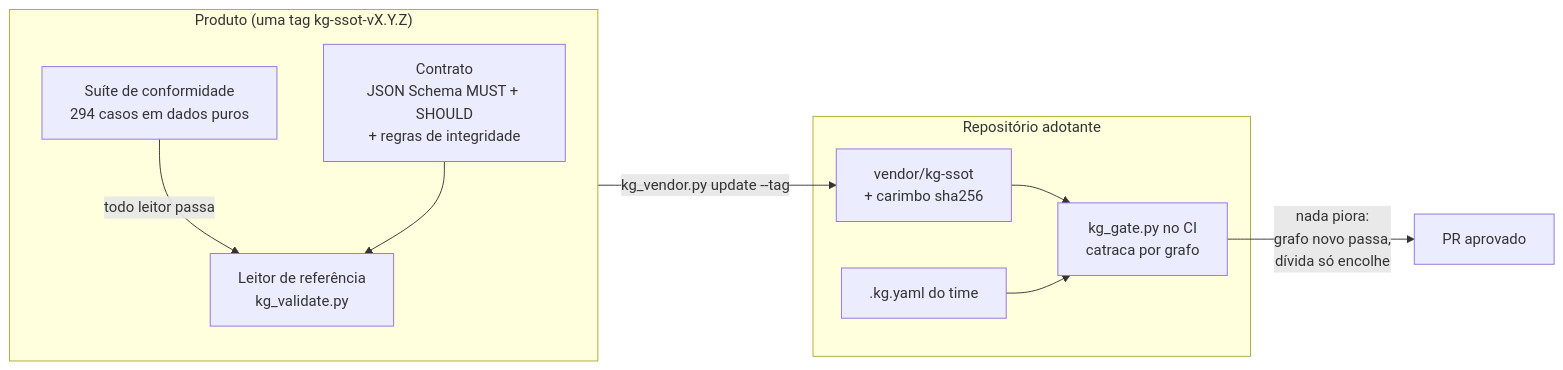
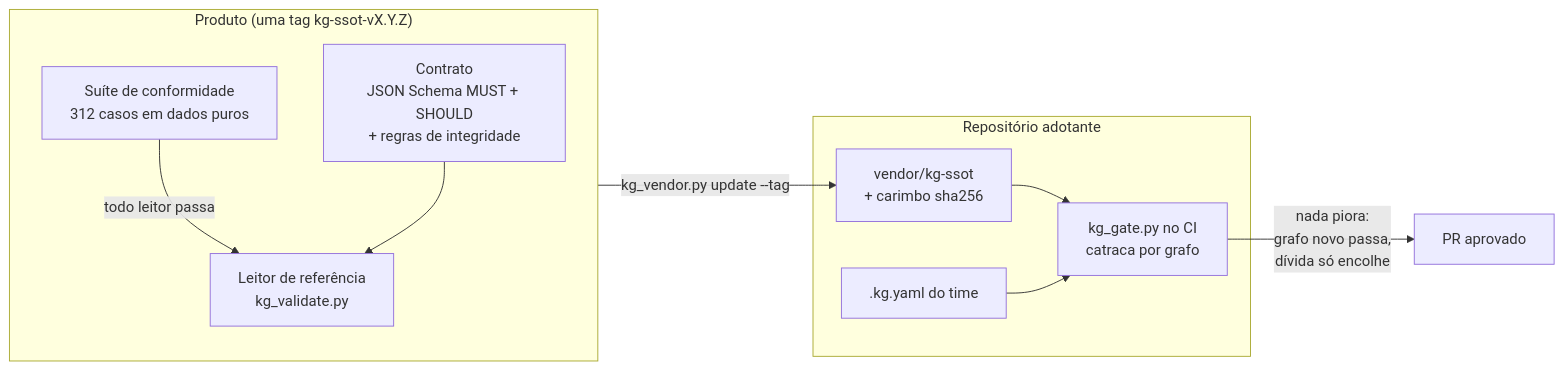
The diagram in README.md (marciocar/kg-ssot), drawn with Mermaid before and after one commit. The commit also changed other lines of this file and 41 other files, not shown here.

````diff
--- a/README.md
+++ b/README.md
@@ -90,19 +90,19 @@
 ```mermaid
 flowchart LR
   subgraph produto["Produto (uma tag kg-ssot-vX.Y.Z)"]
     C["Contrato<br/>JSON Schema MUST + SHOULD<br/>+ regras de integridade"]
-    S["Suíte de conformidade<br/>294 casos em dados puros"]
+    S["Suíte de conformidade<br/>312 casos em dados puros"]
     R["Leitor de referência<br/>kg_validate.py"]
     S -- "todo leitor passa" --> R
     C --> R
   end
   subgraph adotante["Repositório adotante"]
     V["vendor/kg-ssot<br/>+ carimbo sha256"]
     G["kg_gate.py no CI<br/>catraca por grafo"]
     K[".kg.yaml do time"]
     V --> G
     K --> G
   end
   produto -- "kg_vendor.py update --tag" --> V
   G -- "nada piora:<br/>grafo novo passa,<br/>dívida só encolhe" --> PR["PR aprovado"]
 ```
````
